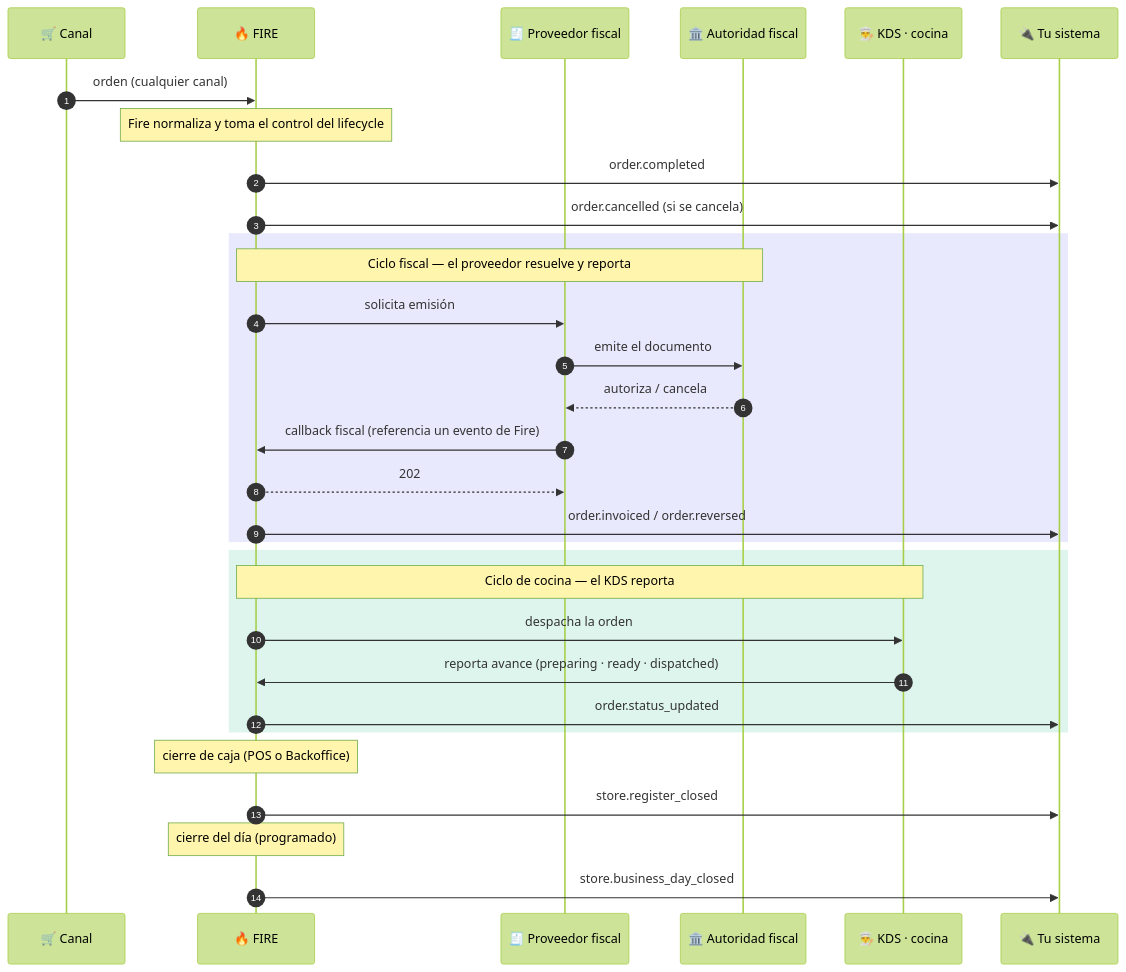
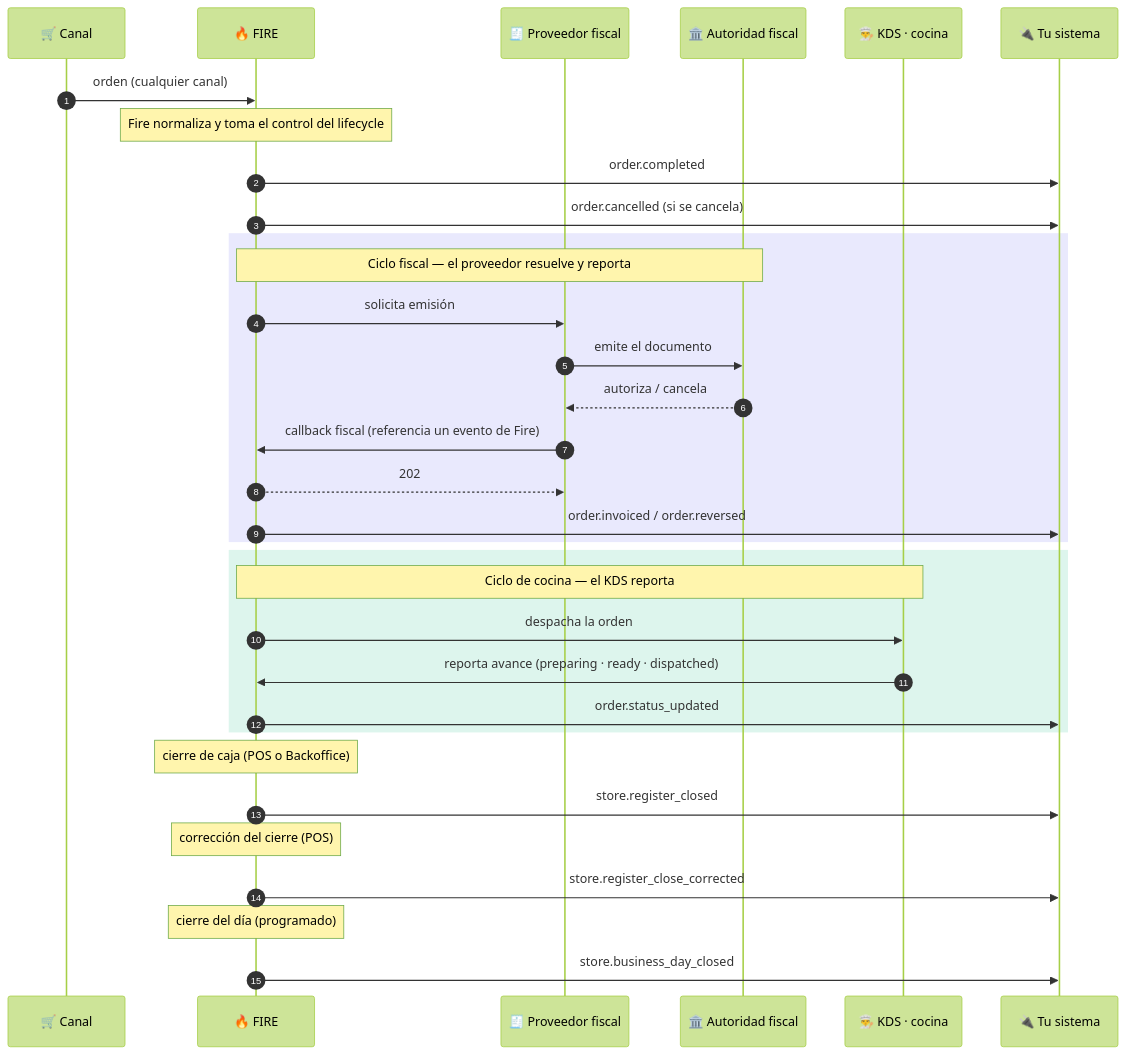
Before and after one commit to fire-rest/documentation: the first of 3 diagrams in es/events/overview.mdx, drawn with Mermaid (forest theme). The commit also changed other lines of this file and 24 other files, not shown here.

First line of the commit message:
docs(caja): corregir un cierre de caja y evento store.register_close_corrected (ES/EN/PT)

````diff
--- a/es/events/overview.mdx
+++ b/es/events/overview.mdx
@@ -24,38 +24,41 @@
 ```mermaid
 sequenceDiagram
     autonumber
     participant CH as 🛒 Canal
     participant F as 🔥 FIRE
     participant FP as 🧾 Proveedor fiscal
     participant AU as 🏛️ Autoridad fiscal
     participant K as 👨‍🍳 KDS · cocina
     participant Y as 🔌 Tu sistema
 
     CH->>F: orden (cualquier canal)
     Note over F: Fire normaliza y toma el control del lifecycle
     F->>Y: order.completed
     F->>Y: order.cancelled (si se cancela)
 
     rect rgba(99, 102, 241, 0.14)
     Note over F,AU: Ciclo fiscal — el proveedor resuelve y reporta
     F->>FP: solicita emisión
     FP->>AU: emite el documento
     AU-->>FP: autoriza / cancela
     FP->>F: callback fiscal (referencia un evento de Fire)
     F-->>FP: 202
     F->>Y: order.invoiced / order.reversed
     end
 
     rect rgba(16, 185, 129, 0.14)
     Note over F,K: Ciclo de cocina — el KDS reporta
     F->>K: despacha la orden
     K->>F: reporta avance (preparing · ready · dispatched)
     F->>Y: order.status_updated
     end
 
     Note over F: cierre de caja (POS o Backoffice)
     F->>Y: store.register_closed
 
+    Note over F: corrección del cierre (POS)
+    F->>Y: store.register_close_corrected
+
     Note over F: cierre del día (programado)
     F->>Y: store.business_day_closed
 ```
````
